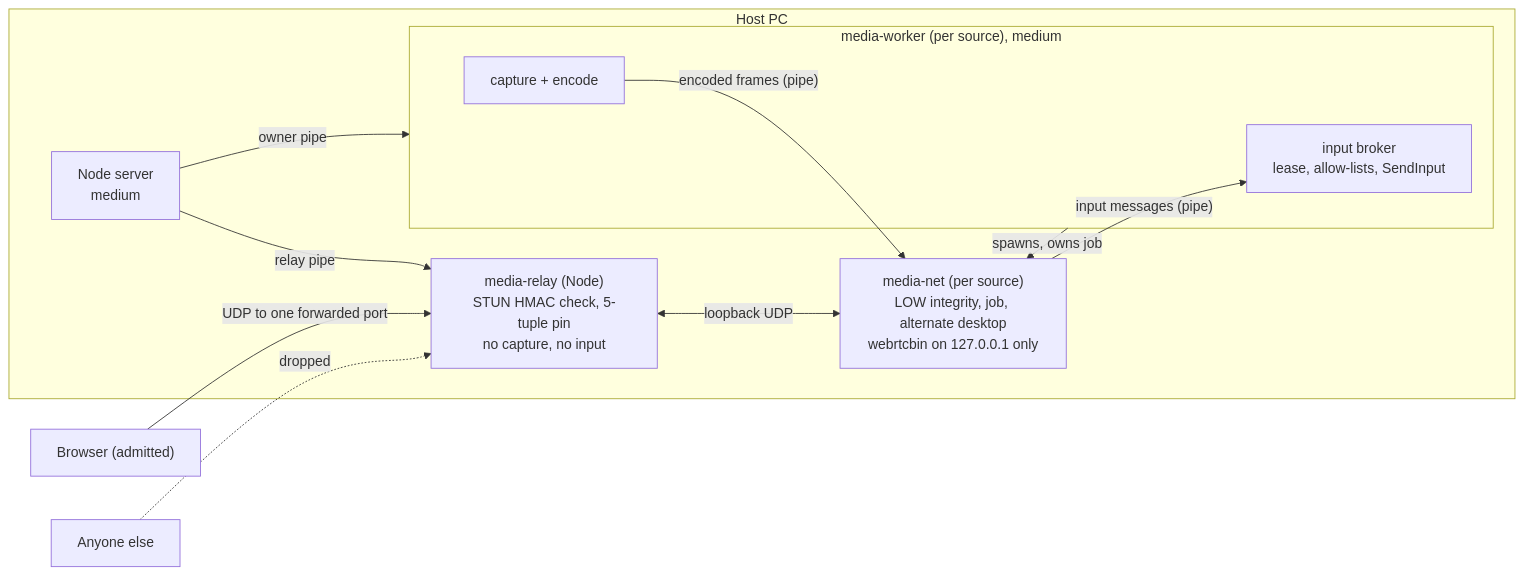
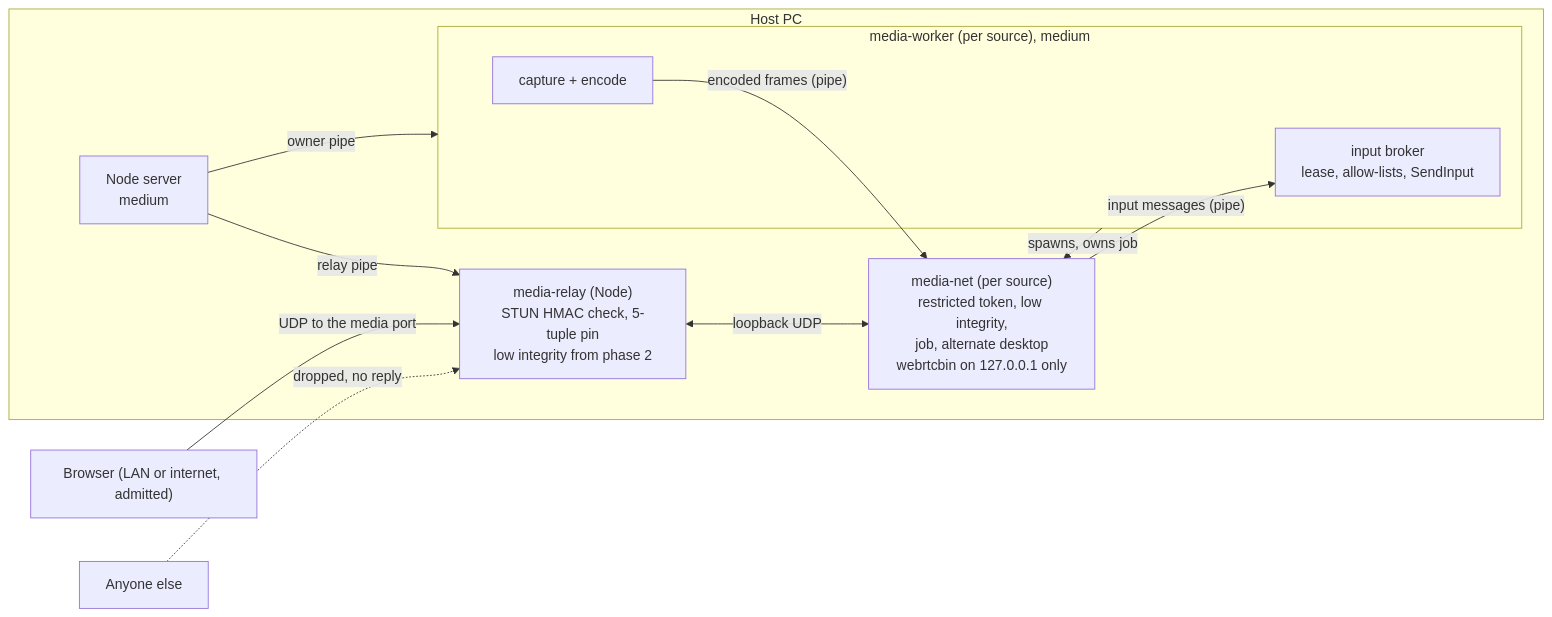
Before and after one commit to kiforsbe/vidvnc: the second of 4 diagrams in docs/superpowers/specs/2026-09-26-r4-media-relay-and-privilege-split-design.md, drawn with Mermaid. The commit also changed other lines of this file and 1 other file, not shown here.

````diff
--- a/docs/superpowers/specs/2026-09-26-r4-media-relay-and-privilege-split-design.md
+++ b/docs/superpowers/specs/2026-09-26-r4-media-relay-and-privilege-split-design.md
@@ -77,20 +87,20 @@
 ```mermaid
 flowchart LR
-    client["Browser (admitted)"] -->|"UDP to one forwarded port"| relay
-    stranger["Anyone else"] -.->|"dropped"| relay
+    client["Browser (LAN or internet, admitted)"] -->|"UDP to the media port"| relay
+    stranger["Anyone else"] -.->|"dropped, no reply"| relay
     subgraph Host["Host PC"]
         server["Node server<br/>medium"]
-        relay["media-relay (Node)<br/>STUN HMAC check, 5-tuple pin<br/>no capture, no input"]
+        relay["media-relay (Node)<br/>STUN HMAC check, 5-tuple pin<br/>low integrity from phase 2"]
         subgraph W["media-worker (per source), medium"]
             cap["capture + encode"]
             broker["input broker<br/>lease, allow-lists, SendInput"]
         end
-        net["media-net (per source)<br/>LOW integrity, job, alternate desktop<br/>webrtcbin on 127.0.0.1 only"]
+        net["media-net (per source)<br/>restricted token, low integrity,<br/>job, alternate desktop<br/>webrtcbin on 127.0.0.1 only"]
     end
     server -->|"owner pipe"| W
     server -->|"relay pipe"| relay
     relay <-->|"loopback UDP"| net
     cap -->|"encoded frames (pipe)"| net
     net -->|"input messages (pipe)"| broker
     W -->|"spawns, owns job"| net
 ```
````
